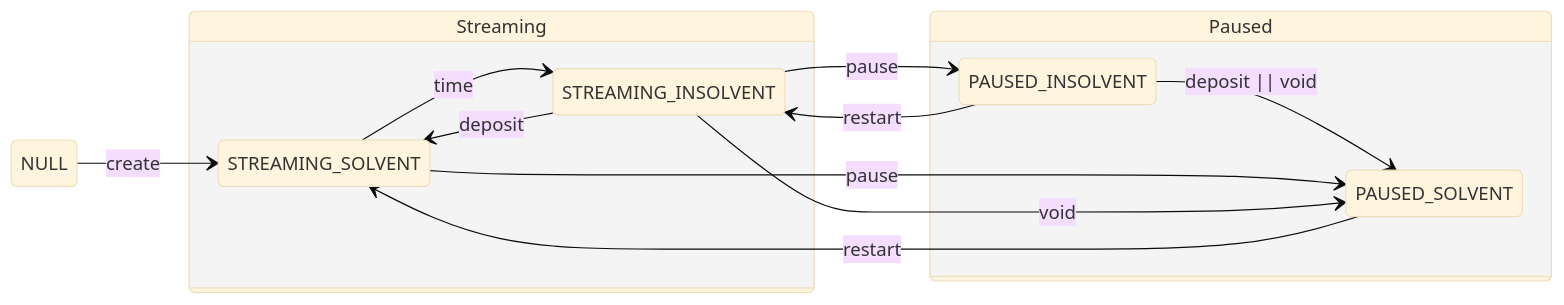
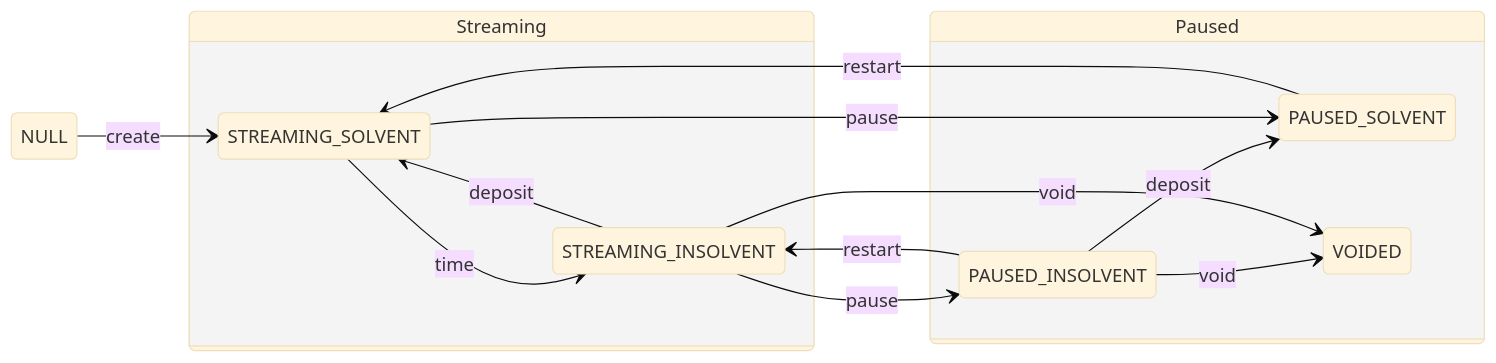
Before and after one commit to sablier-labs/flow: the first of 8 diagrams in DIAGRAMS.md, drawn with Mermaid (base theme). The commit also changed other lines of this file and 1 other file, not shown here.

First line of the commit message:
docs(diagrams): update diagrams with voided status

````diff
--- a/DIAGRAMS.md
+++ b/DIAGRAMS.md
@@ -28,39 +29,42 @@
 ```mermaid
 stateDiagram-v2
     direction LR
 
     state Streaming {
         STREAMING_SOLVENT
         STREAMING_INSOLVENT --> STREAMING_SOLVENT : deposit
         STREAMING_SOLVENT --> STREAMING_INSOLVENT : time
     }
 
     state Paused {
         # direction BT
         PAUSED_SOLVENT
         PAUSED_INSOLVENT
-         PAUSED_INSOLVENT --> PAUSED_SOLVENT : deposit || void
+        PAUSED_INSOLVENT --> PAUSED_SOLVENT : deposit
+        PAUSED_INSOLVENT --> VOIDED : void
+        VOIDED
     }
 
     STREAMING_SOLVENT --> PAUSED_SOLVENT : pause
     STREAMING_INSOLVENT --> PAUSED_INSOLVENT : pause
-    STREAMING_INSOLVENT --> PAUSED_SOLVENT : void
     PAUSED_SOLVENT --> STREAMING_SOLVENT : restart
+    STREAMING_INSOLVENT --> VOIDED : void
     PAUSED_INSOLVENT --> STREAMING_INSOLVENT : restart
 
     NULL --> STREAMING_SOLVENT : create
 
     NULL:::grey
     Streaming:::lightGreen
     Paused:::lightYellow
     STREAMING_SOLVENT:::intenseGreen
     STREAMING_INSOLVENT:::intenseGreen
     PAUSED_INSOLVENT:::intenseYellow
     PAUSED_SOLVENT:::intenseYellow
+    VOIDED:::intenseYellow
 
     classDef grey fill:#b0b0b0,stroke:#333,stroke-width:2px,color:#000,font-weight:bold;
     classDef lightGreen fill:#98FB98,color:#000,font-weight:bold;
     classDef intenseGreen fill:#32cd32,stroke:#333,stroke-width:2px,color:#000,font-weight:bold;
     classDef lightYellow fill:#ffff99,color:#000,font-weight:bold;
     classDef intenseYellow fill:#ffd700,color:#000,font-weight:bold;
 ```
````
